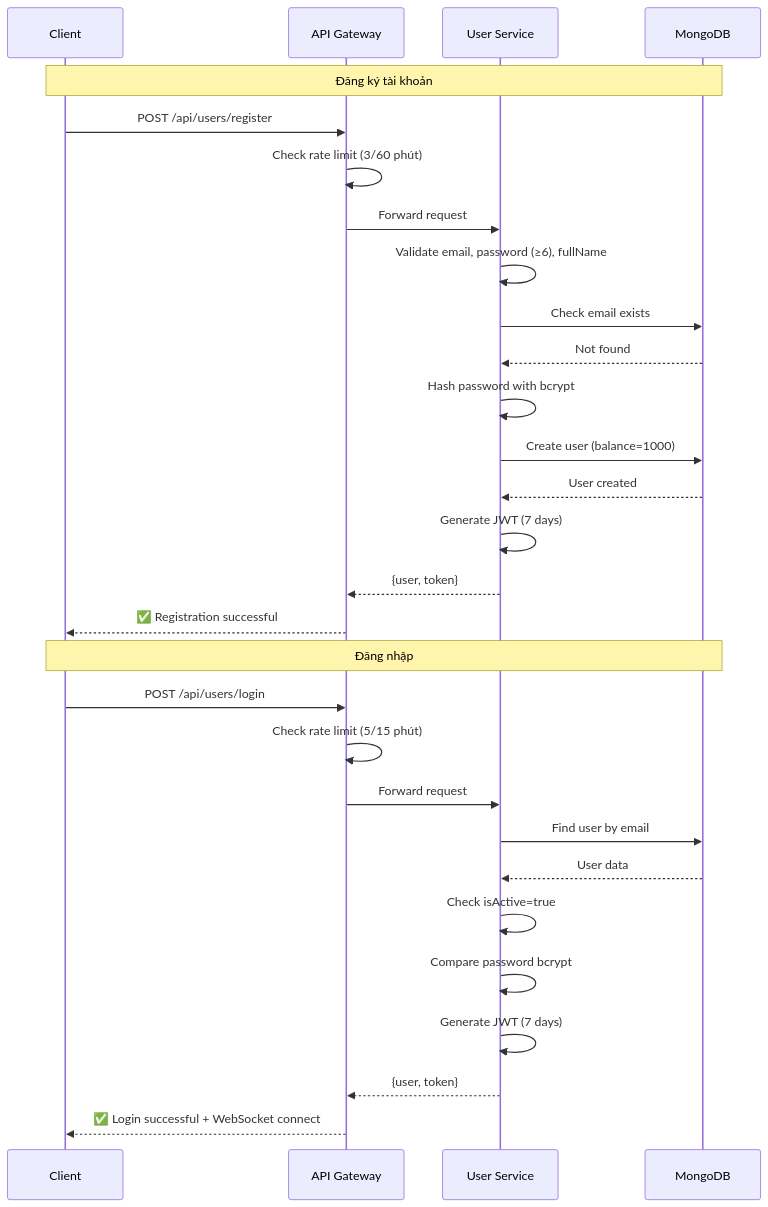
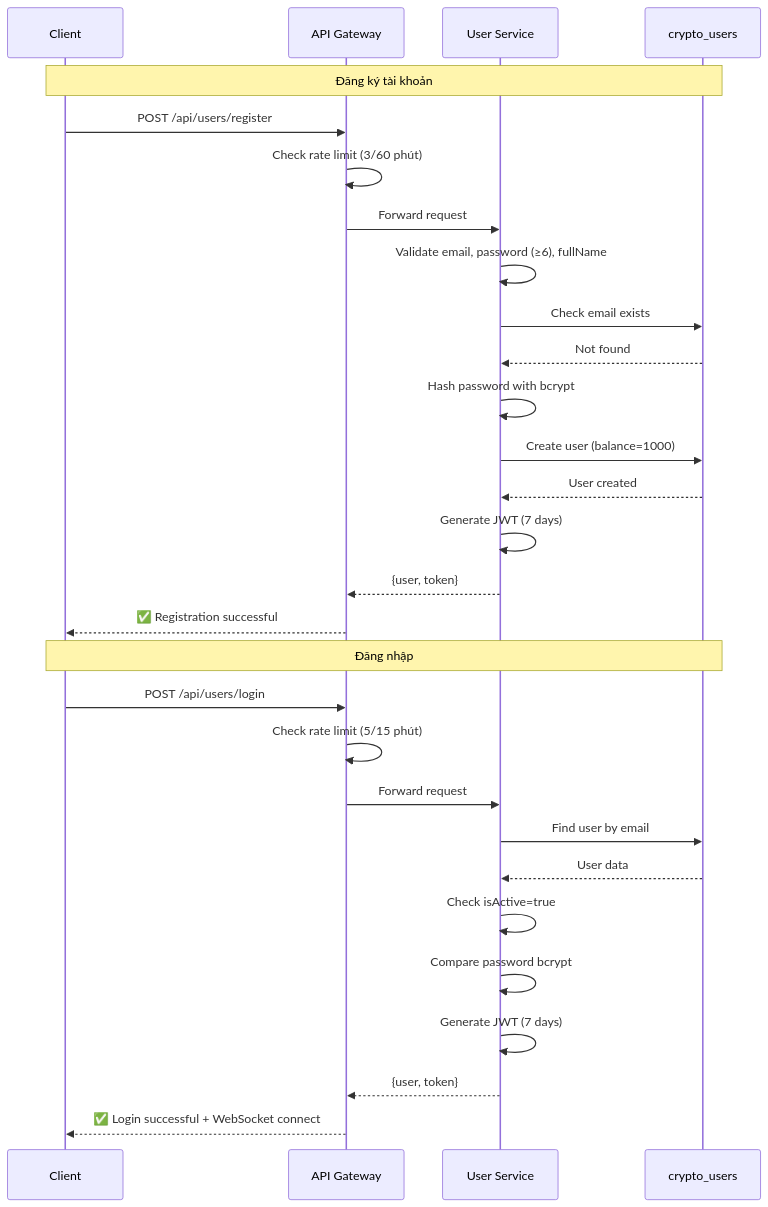
Before and after one commit to doanthetin193/CryptoTradingSOA: diagram 16 of 22 in docs/CHUONG_3_DA_SUA.md, drawn with Mermaid. The commit also changed other lines of this file and 7 other files, not shown here.

````diff
--- a/docs/CHUONG_3_DA_SUA.md
+++ b/docs/CHUONG_3_DA_SUA.md
@@ -878,33 +881,33 @@
 ```mermaid
 sequenceDiagram
     participant C as Client
     participant GW as API Gateway
     participant US as User Service
-    participant DB as MongoDB
+    participant DB as crypto_users
 
     Note over C,DB: Đăng ký tài khoản
     C->>GW: POST /api/users/register
     GW->>GW: Check rate limit (3/60 phút)
     GW->>US: Forward request
     US->>US: Validate email, password (≥6), fullName
     US->>DB: Check email exists
     DB-->>US: Not found
     US->>US: Hash password with bcrypt
     US->>DB: Create user (balance=1000)
     DB-->>US: User created
     US->>US: Generate JWT (7 days)
     US-->>GW: {user, token}
     GW-->>C: ✅ Registration successful
 
     Note over C,DB: Đăng nhập
     C->>GW: POST /api/users/login
     GW->>GW: Check rate limit (5/15 phút)
     GW->>US: Forward request
     US->>DB: Find user by email
     DB-->>US: User data
     US->>US: Check isActive=true
     US->>US: Compare password bcrypt
     US->>US: Generate JWT (7 days)
     US-->>GW: {user, token}
     GW-->>C: ✅ Login successful + WebSocket connect
 ```
````
